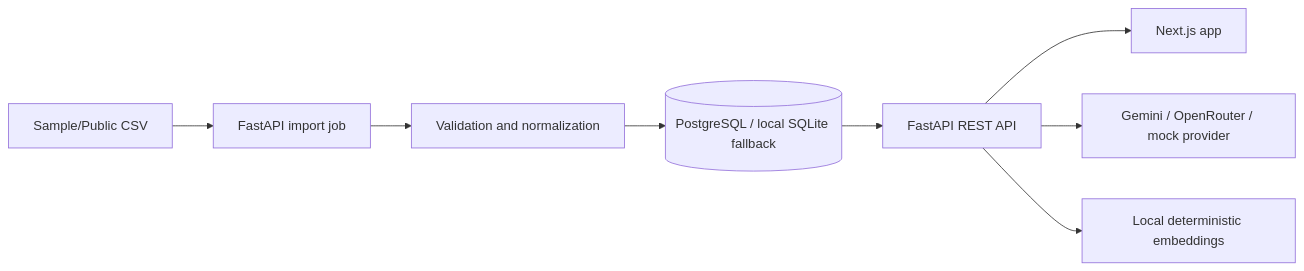
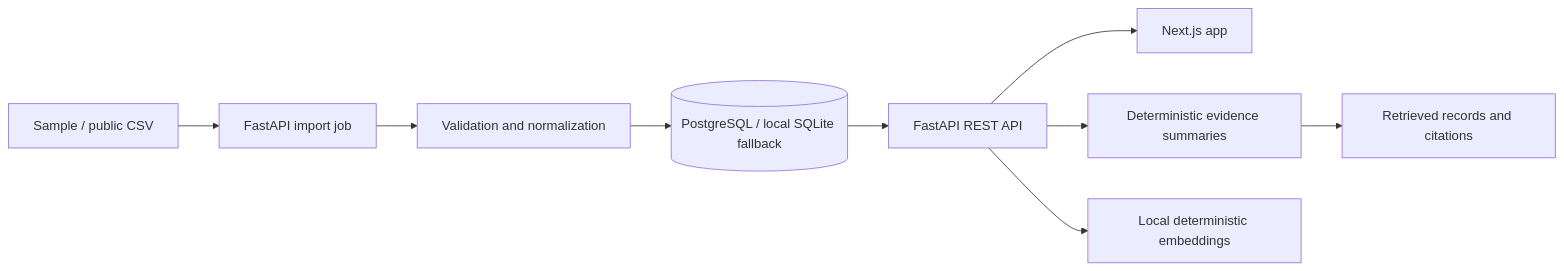
The diagram in docs/architecture.md (Praciller/thai-procurement-intelligence), drawn with Mermaid before and after one commit. The commit also changed other lines of this file and 17 other files, not shown here.

First line of the commit message:
Keep procurement answers deterministic and evidence-bound

````diff
--- a/docs/architecture.md
+++ b/docs/architecture.md
@@ -5,10 +5,11 @@
 ```mermaid
 flowchart LR
-  CSV["Sample/Public CSV"] --> Import["FastAPI import job"]
+  CSV["Sample / public CSV"] --> Import["FastAPI import job"]
   Import --> Normalize["Validation and normalization"]
   Normalize --> DB[("PostgreSQL / local SQLite fallback")]
   DB --> API["FastAPI REST API"]
   API --> Web["Next.js app"]
-  API --> AI["Gemini / OpenRouter / mock provider"]
+  API --> Answer["Deterministic evidence summaries"]
   API --> Embed["Local deterministic embeddings"]
+  Answer --> Citation["Retrieved records and citations"]
 ```
````
